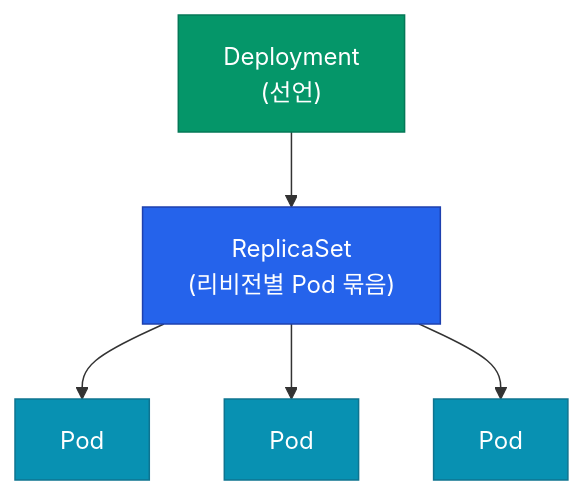
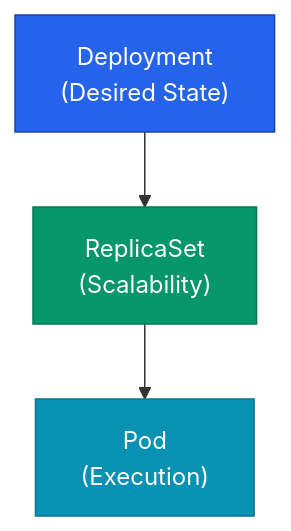
The diagram in _posts/container-orchestration/2026-04-20-kubernetes-02-workloads.md (No1Joon/No1Joon.github.io), drawn with Mermaid before and after one commit. The commit also changed other lines of this file and 15 other files, not shown here.

````diff
--- a/_posts/container-orchestration/2026-04-20-kubernetes-02-workloads.md
+++ b/_posts/container-orchestration/2026-04-20-kubernetes-02-workloads.md
@@ -17,21 +17,16 @@
 ```mermaid
 flowchart TB
-    DEP["Deployment<br/>(선언)"]
-    RS["ReplicaSet<br/>(리비전별 Pod 묶음)"]
-    POD1["Pod"]
-    POD2["Pod"]
-    POD3["Pod"]
+    DEP["Deployment<br/>(Desired State)"]
+    RS["ReplicaSet<br/>(Scalability)"]
+    POD["Pod<br/>(Execution)"]
 
-    DEP --> RS
-    RS --> POD1
-    RS --> POD2
-    RS --> POD3
+    DEP --> RS --> POD
 
-    classDef top fill:#059669,stroke:#047857,color:#ffffff
-    classDef mid fill:#2563eb,stroke:#1e40af,color:#ffffff
-    classDef bottom fill:#0891b2,stroke:#0e7490,color:#ffffff
+    classDef primary fill:#2563eb,stroke:#1e40af,color:#ffffff
+    classDef success fill:#059669,stroke:#047857,color:#ffffff
+    classDef info fill:#0891b2,stroke:#0e7490,color:#ffffff
 
-    class DEP top
-    class RS mid
-    class POD1,POD2,POD3 bottom
+    class DEP primary
+    class RS success
+    class POD info
 ```
````
